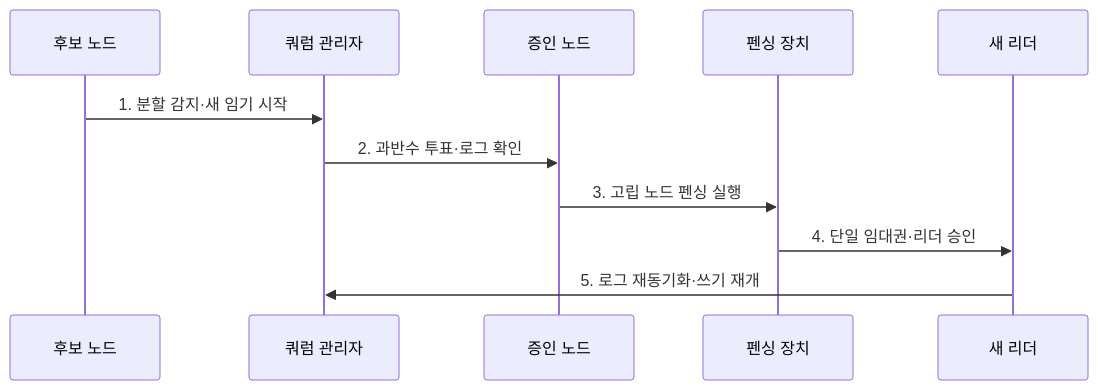
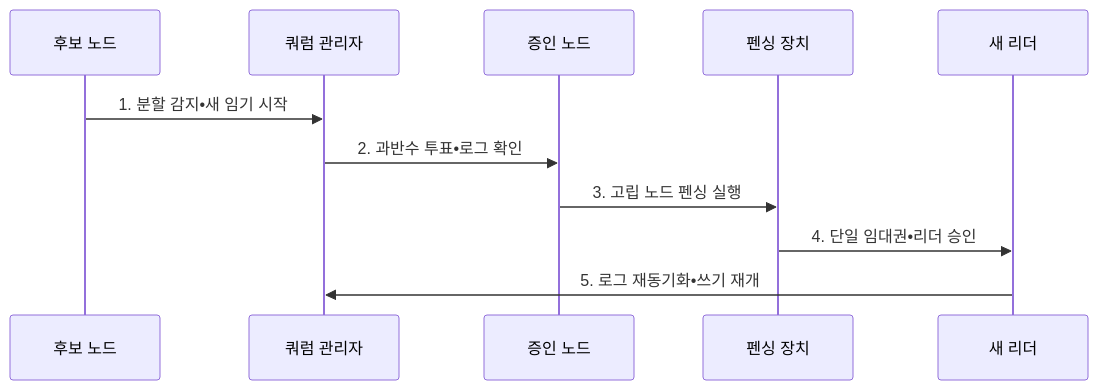
Before and after one commit to agnusdei1207/knowledge-base: the second of 2 diagrams in src/content/docs/notes/06-evaluation/021_split_brain_quorum.md, drawn with Mermaid. The commit also changed other lines of this file and 953 other files, not shown here.

````diff
--- a/src/content/docs/notes/06-evaluation/021_split_brain_quorum.md
+++ b/src/content/docs/notes/06-evaluation/021_split_brain_quorum.md
@@ -103,13 +103,13 @@
 ```mermaid
 sequenceDiagram
   participant A as 후보 노드
   participant Q as 쿼럼 관리자
   participant W as 증인 노드
   participant F as 펜싱 장치
   participant L as 새 리더
-  A->>Q: 1. 분할 감지·새 임기 시작
-  Q->>W: 2. 과반수 투표·로그 확인
+  A->>Q: 1. 분할 감지•새 임기 시작
+  Q->>W: 2. 과반수 투표•로그 확인
   W->>F: 3. 고립 노드 펜싱 실행
-  F->>L: 4. 단일 임대권·리더 승인
-  L->>Q: 5. 로그 재동기화·쓰기 재개
+  F->>L: 4. 단일 임대권•리더 승인
+  L->>Q: 5. 로그 재동기화•쓰기 재개
 ```
````
